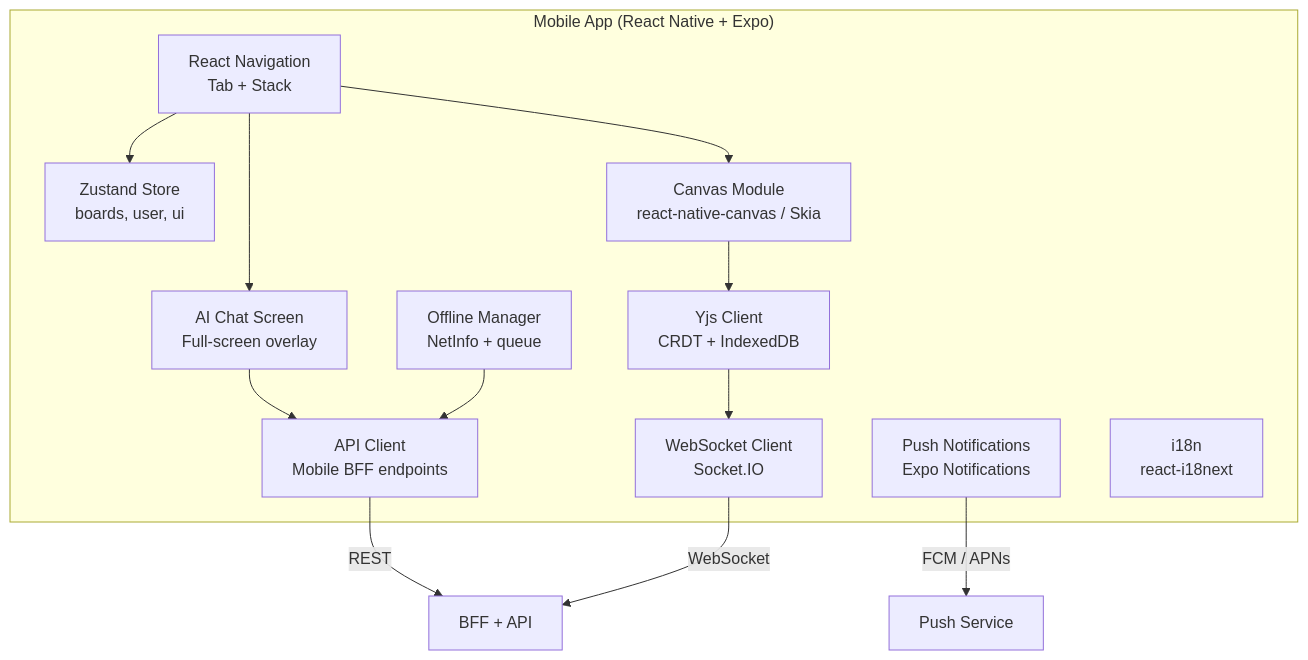
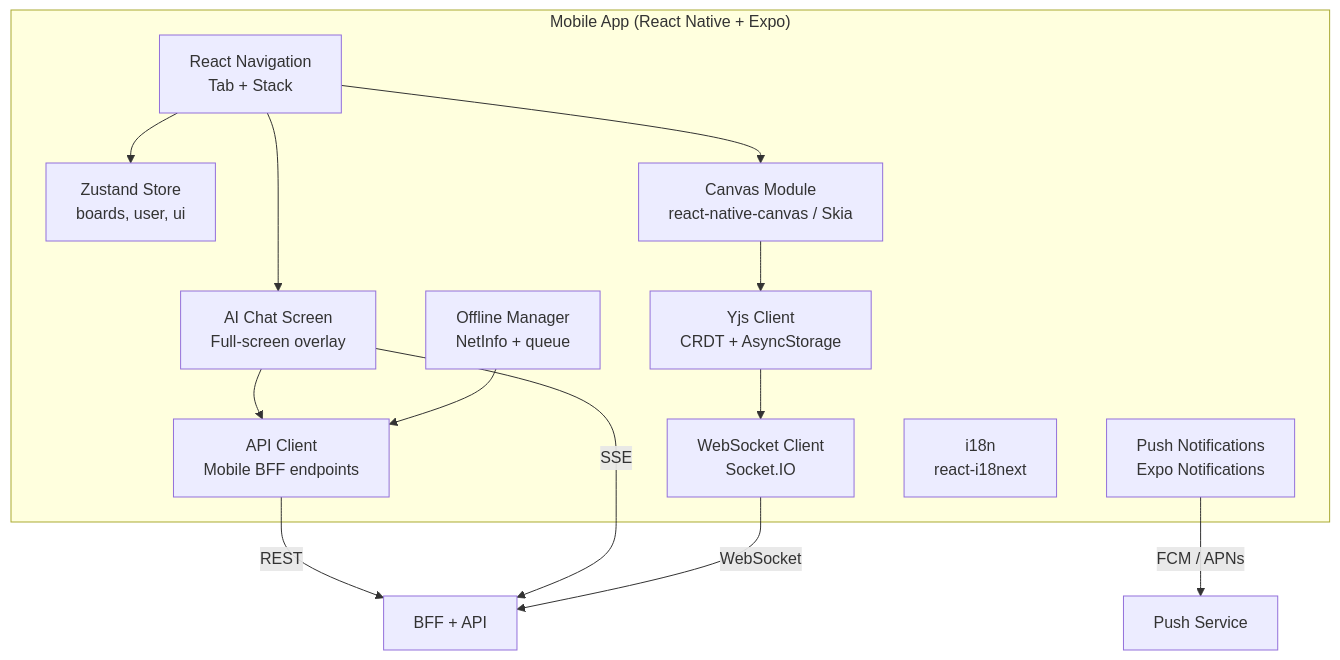
The sixth of 12 diagrams in realtime_ai_whiteboard/docs/system_architecture.md (Eyolf6Coyote7/Eyolf6Coyote7), drawn with Mermaid before and after one commit. The commit also changed other lines of this file, not shown here.

Commit message:
🎨style#80: apply Gemini review fixes (3 items) for Whiteboard frontend arch
- Mobile Yjs: IndexedDB → AsyncStorage (RN-compatible)
- Mobile AI Chat: add missing SSE connection to BFF
- Mobile Yjs libs: add y-async-storage for offline persistence

Addresses Gemini review on PR #83
Ref #80

````diff
--- a/realtime_ai_whiteboard/docs/system_architecture.md
+++ b/realtime_ai_whiteboard/docs/system_architecture.md
@@ -173,26 +173,27 @@
 ```mermaid
 graph TD
   subgraph "Mobile App (React Native + Expo)"
     NAV[React Navigation<br/>Tab + Stack]
     STORE_M[Zustand Store<br/>boards, user, ui]
     CANVAS_M[Canvas Module<br/>react-native-canvas / Skia]
-    YJS_M[Yjs Client<br/>CRDT + IndexedDB]
+    YJS_M[Yjs Client<br/>CRDT + AsyncStorage]
     WS_M[WebSocket Client<br/>Socket.IO]
     AI_M[AI Chat Screen<br/>Full-screen overlay]
     API_M[API Client<br/>Mobile BFF endpoints]
     PUSH[Push Notifications<br/>Expo Notifications]
     OFFLINE[Offline Manager<br/>NetInfo + queue]
     I18N_M[i18n<br/>react-i18next]
   end
 
   NAV --> STORE_M
   NAV --> CANVAS_M
   NAV --> AI_M
   CANVAS_M --> YJS_M
   YJS_M --> WS_M
   AI_M --> API_M
   API_M -->|REST| BFF[BFF + API]
+  AI_M -->|SSE| BFF
   WS_M -->|WebSocket| BFF
   PUSH -->|FCM / APNs| CLOUD[Push Service]
   OFFLINE --> API_M
 ```
````
